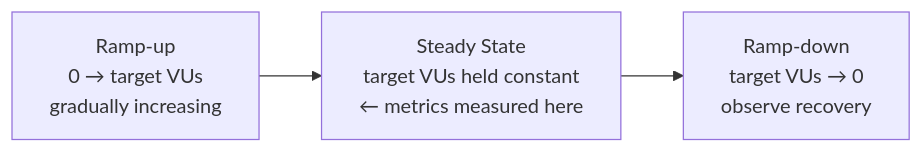
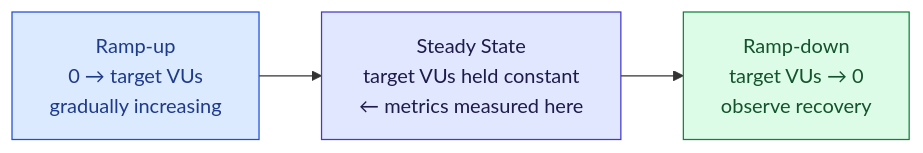
Before and after one commit to ghanendra-sdet/non-functional-testing-playbook: the diagram in Part_02_Performance_Testing_Load_Stress.md, drawn with Mermaid. The commit also changed other lines of this file and 15 other files, not shown here.

Commit message:
Fix ToC anchors and theme re-render; update to OWASP 2025, WCAG 2.2, PCI DSS 4.0.1; style diagrams

````diff
--- a/Part_02_Performance_Testing_Load_Stress.md
+++ b/Part_02_Performance_Testing_Load_Stress.md
@@ -287,5 +287,14 @@
 ```mermaid
 graph LR
     A["Ramp-up<br/>0 → target VUs<br/>gradually increasing"] --> B["Steady State<br/>target VUs held constant<br/>← metrics measured here"]
     B --> C["Ramp-down<br/>target VUs → 0<br/>observe recovery"]
+
+    classDef start fill:#dbeafe,stroke:#1d4ed8,color:#1e3a8a
+    classDef step fill:#e0e7ff,stroke:#4338ca,color:#1e1b4b
+    classDef decision fill:#fef3c7,stroke:#b45309,color:#78350f
+    classDef good fill:#dcfce7,stroke:#15803d,color:#14532d
+    classDef bad fill:#fee2e2,stroke:#b91c1c,color:#7f1d1d
+    class A start
+    class B step
+    class C good
 ```
````
